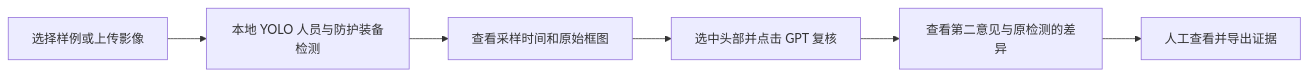
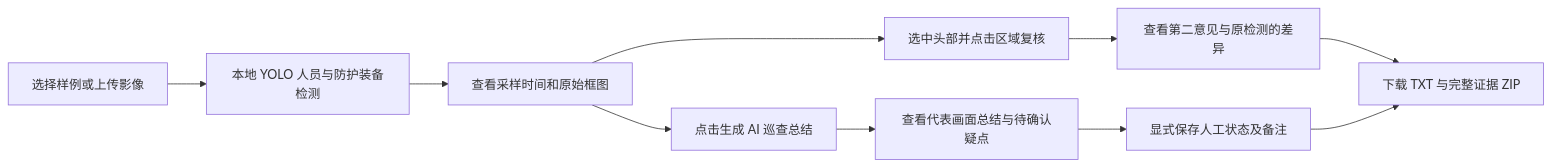
One commit to YuxuanQi123456/sd1-construction-vision changed the diagram in docs/VISUAL_TASKBOOK.md. Above: the diagram before and after it, drawn with Mermaid. The commit also changed other lines of this file and 2 other files, not shown here.

````diff
--- a/docs/VISUAL_TASKBOOK.md
+++ b/docs/VISUAL_TASKBOOK.md
@@ -43,8 +44,12 @@
 ```mermaid
 flowchart LR
   A[选择样例或上传影像] --> B[本地 YOLO 人员与防护装备检测]
   B --> C[查看采样时间和原始框图]
-  C --> D[选中头部并点击 GPT 复核]
+  C --> D[选中头部并点击区域复核]
   D --> E[查看第二意见与原检测的差异]
-  E --> F[人工查看并导出证据]
+  C --> G[点击生成 AI 巡查总结]
+  G --> H[查看代表画面总结与待确认疑点]
+  H --> I[显式保存人工状态及备注]
+  E --> F[下载 TXT 与完整证据 ZIP]
+  I --> F
 ```
````
